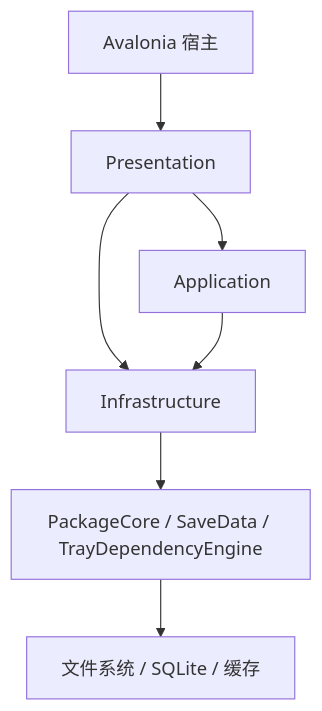
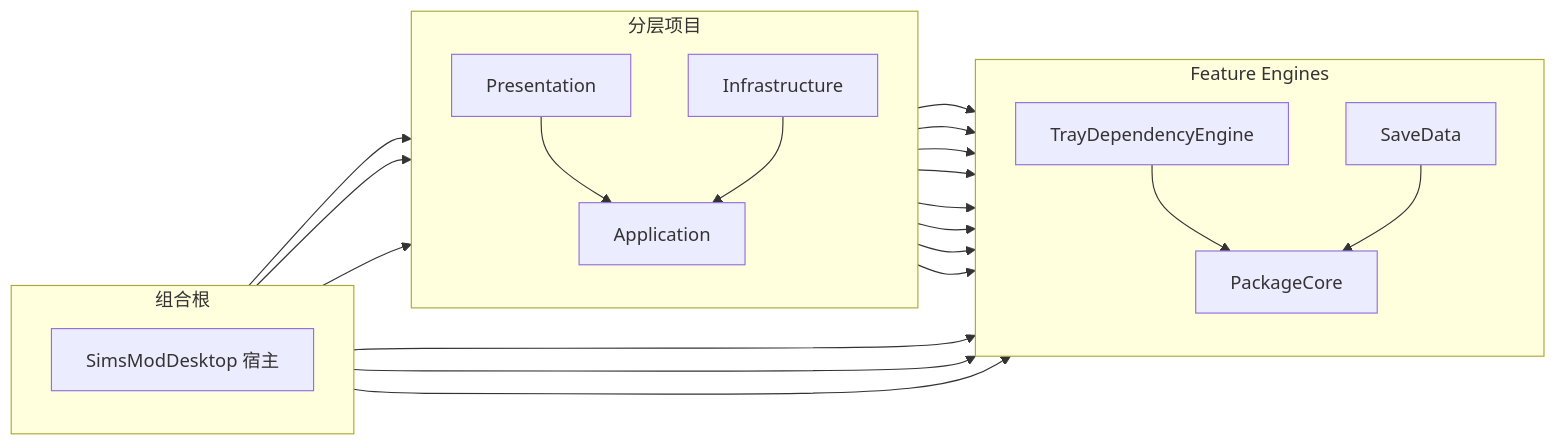
The diagram in README.zh-CN.md (Azvf/SimsToolkit), drawn with Mermaid before and after one commit. The commit also changed other lines of this file and 7 other files, not shown here.

Commit message:
docs: align architecture docs and simplify mermaid charts

````diff
--- a/README.zh-CN.md
+++ b/README.zh-CN.md
@@ -59,9 +66,44 @@
 ```mermaid
-graph TD
-    UI["Avalonia 宿主"] --> PRES["Presentation"]
-    PRES --> APP["Application"]
-    PRES --> INFRA["Infrastructure"]
-    APP --> INFRA
-    INFRA --> CORE["PackageCore / SaveData / TrayDependencyEngine"]
-    CORE --> FS["文件系统 / SQLite / 缓存"]
+flowchart LR
+    subgraph Root["组合根"]
+        direction TB
+        Host["SimsModDesktop 宿主"]
+    end
+
+    subgraph Layers["分层项目"]
+        direction TB
+        Pres["Presentation"]
+        App["Application"]
+        Infra["Infrastructure"]
+    end
+
+    subgraph Engines["Feature Engines"]
+        direction TB
+        Tray["TrayDependencyEngine"]
+        Save["SaveData"]
+        Core["PackageCore"]
+    end
+
+    Host --> Pres
+    Host --> App
+    Host --> Infra
+    Host --> Tray
+    Host --> Save
+    Host --> Core
+
+    Pres --> App
+    Pres --> Tray
+    Pres --> Save
+
+    App --> Tray
+    App --> Save
+    App --> Core
+
+    Infra --> App
+    Infra --> Tray
+    Infra --> Save
+    Infra --> Core
+
+    Tray --> Core
+    Save --> Core
 ```
````
